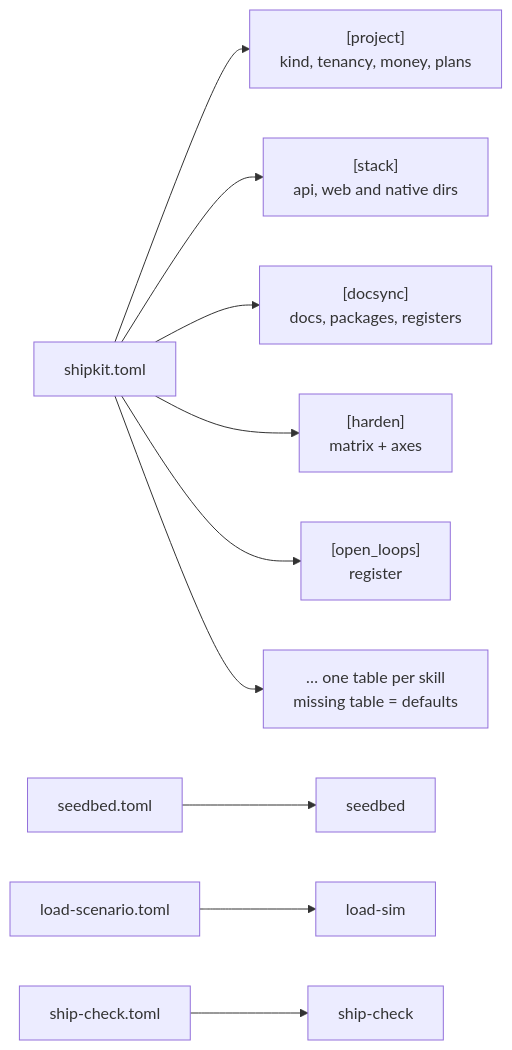
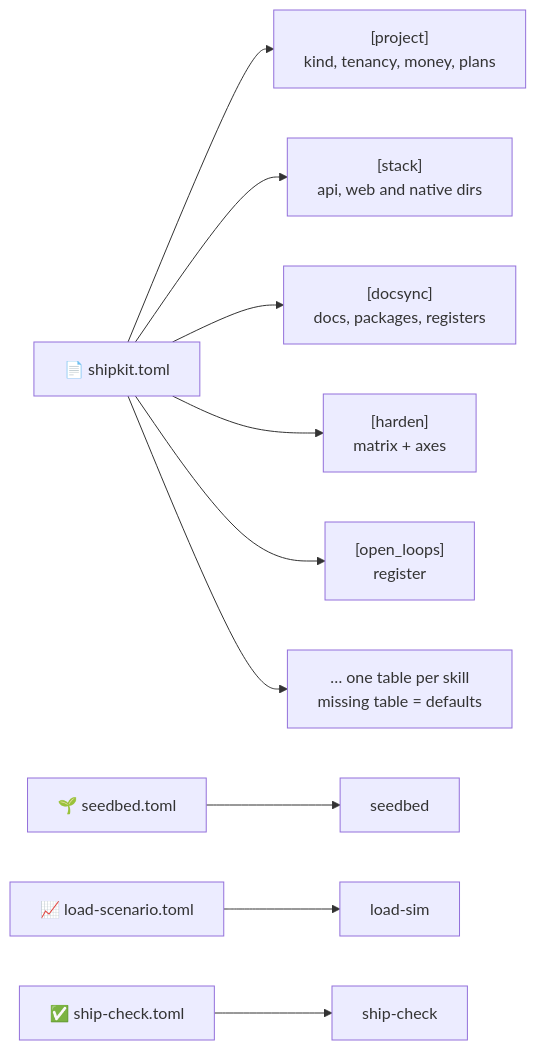
Before and after one commit to kshanxs/shipkit: the seventh of 7 diagrams in README.md, drawn with Mermaid. The commit also changed other lines of this file and 6 other files, not shown here.

````diff
--- a/README.md
+++ b/README.md
@@ -345,12 +345,12 @@
 ```mermaid
 flowchart LR
-    toml["shipkit.toml"] --> proj["[project]<br/>kind, tenancy, money, plans"]
+    toml["📄 shipkit.toml"] --> proj["[project]<br/>kind, tenancy, money, plans"]
     toml --> stack["[stack]<br/>api, web and native dirs"]
     toml --> docsync["[docsync]<br/>docs, packages, registers"]
     toml --> hardent["[harden]<br/>matrix + axes"]
     toml --> loopst["[open_loops]<br/>register"]
     toml --> more["… one table per skill<br/>missing table = defaults"]
-    seedt["seedbed.toml"] --> seedbed["seedbed"]
-    loadt["load-scenario.toml"] --> loadsim["load-sim"]
-    shipt["ship-check.toml"] --> shipc["ship-check"]
+    seedt["🌱 seedbed.toml"] --> seedbed["seedbed"]
+    loadt["📈 load-scenario.toml"] --> loadsim["load-sim"]
+    shipt["✅ ship-check.toml"] --> shipc["ship-check"]
 ```
````
